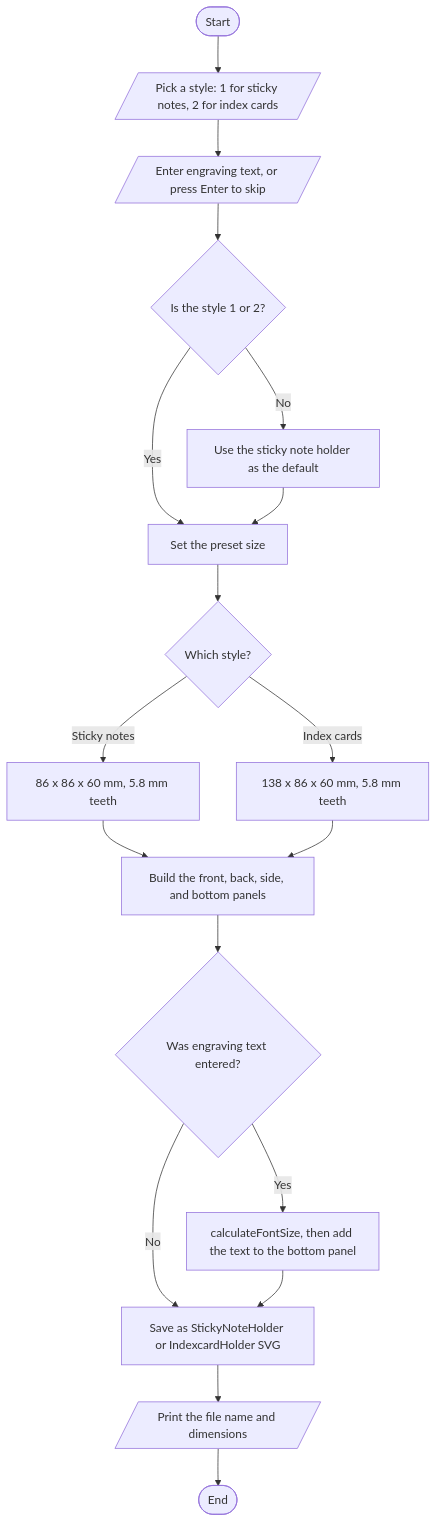
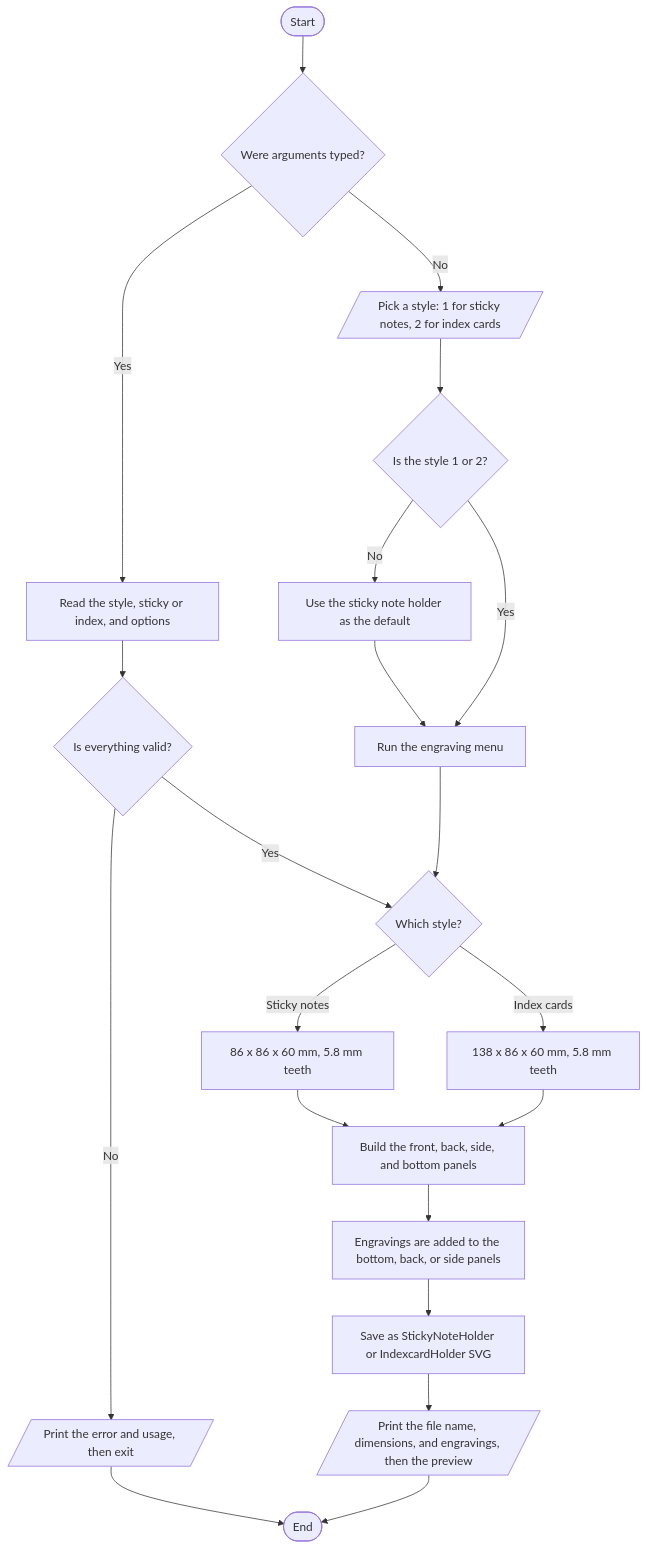
One commit to AkramIdriss/Jimothy3 changed the sixth of 7 diagrams in project work/FlowCharts.md. Above: the diagram before and after it, drawn with Mermaid. The commit also changed other lines of this file, not shown here.

Commit message:
Update flowcharts for the CLI

````diff
--- a/project work/FlowCharts.md
+++ b/project work/FlowCharts.md
@@ -88,20 +160,23 @@
 ```mermaid
 flowchart TD
-    A([Start]) --> B[/"Pick a style: 1 for sticky notes, 2 for index cards"/]
-    B --> C[/"Enter engraving text, or press Enter to skip"/]
-    C --> D{"Is the style 1 or 2?"}
-    D -- No --> E["Use the sticky note holder as the default"]
-    D -- Yes --> F["Set the preset size"]
-    E --> F
-    F --> G{"Which style?"}
-    G -- "Sticky notes" --> H["86 x 86 x 60 mm, 5.8 mm teeth"]
-    G -- "Index cards" --> I["138 x 86 x 60 mm, 5.8 mm teeth"]
-    H --> J["Build the front, back, side, and bottom panels"]
+    A([Start]) --> B{"Were arguments typed?"}
+    B -- Yes --> C["Read the style, sticky or index, and options"]
+    C --> D{"Is everything valid?"}
+    D -- No --> E[/"Print the error and usage, then exit"/]
+    B -- No --> F[/"Pick a style: 1 for sticky notes, 2 for index cards"/]
+    F --> G{"Is the style 1 or 2?"}
+    G -- No --> H["Use the sticky note holder as the default"]
+    G -- Yes --> I["Run the engraving menu"]
+    H --> I
+    D -- Yes --> J{"Which style?"}
     I --> J
-    J --> K{"Was engraving text entered?"}
-    K -- Yes --> L["calculateFontSize, then add the text to the bottom panel"]
-    K -- No --> M["Save as StickyNoteHolder or IndexcardHolder SVG"]
+    J -- "Sticky notes" --> K["86 x 86 x 60 mm, 5.8 mm teeth"]
+    J -- "Index cards" --> L["138 x 86 x 60 mm, 5.8 mm teeth"]
+    K --> M["Build the front, back, side, and bottom panels"]
     L --> M
-    M --> N[/"Print the file name and dimensions"/]
-    N --> Z([End])
+    M --> N["Engravings are added to the bottom, back, or side panels"]
+    N --> O["Save as StickyNoteHolder or IndexcardHolder SVG"]
+    O --> P[/"Print the file name, dimensions, and engravings, then the preview"/]
+    P --> Z([End])
+    E --> Z
 ```
````
